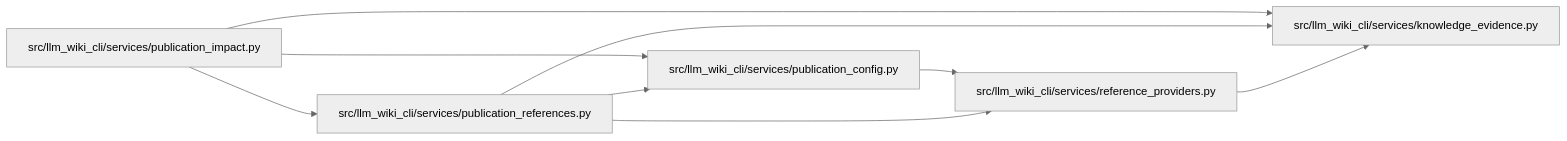
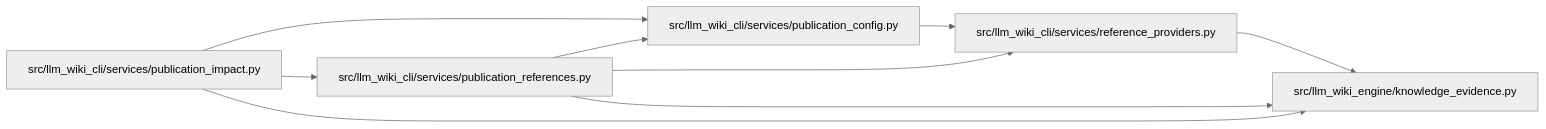
One commit to Denissvgn/python-wiki-llm changed the diagram in docs/llm_wiki/modules/publication_references.md. Above: the diagram before and after it, drawn with Mermaid (neutral theme). The commit also changed other lines of this file and 1103 other files, not shown here.

First line of the commit message:
docs: refresh the wiki for the llm-wiki-engine distribution

````diff
--- a/docs/llm_wiki/modules/publication_references.md
+++ b/docs/llm_wiki/modules/publication_references.md
@@ -27,21 +27,21 @@
 ```mermaid
 flowchart LR
-    n0["src/llm_wiki_cli/services/knowledge_evidence.py"]
-    n1["src/llm_wiki_cli/services/publication_config.py"]
-    n2["src/llm_wiki_cli/services/publication_impact.py"]
-    n3["src/llm_wiki_cli/services/publication_references.py"]
-    n4["src/llm_wiki_cli/services/reference_providers.py"]
+    n0["src/llm_wiki_cli/services/publication_config.py"]
+    n1["src/llm_wiki_cli/services/publication_impact.py"]
+    n2["src/llm_wiki_cli/services/publication_references.py"]
+    n3["src/llm_wiki_cli/services/reference_providers.py"]
+    n4["src/llm_wiki_engine/knowledge_evidence.py"]
+    n0 --> n3
+    n1 --> n0
+    n1 --> n2
     n1 --> n4
     n2 --> n0
-    n2 --> n1
     n2 --> n3
-    n3 --> n0
-    n3 --> n1
+    n2 --> n4
     n3 --> n4
-    n4 --> n0
-    click n0 "../modules/knowledge_evidence.md"
-    click n1 "../modules/publication_config.md"
-    click n2 "../modules/publication_impact.md"
-    click n3 "../modules/publication_references.md"
-    click n4 "../modules/reference_providers.md"
+    click n0 "../modules/publication_config.md"
+    click n1 "../modules/publication_impact.md"
+    click n2 "../modules/publication_references.md"
+    click n3 "../modules/reference_providers.md"
+    click n4 "../modules/knowledge_evidence.md"
 ```
````
